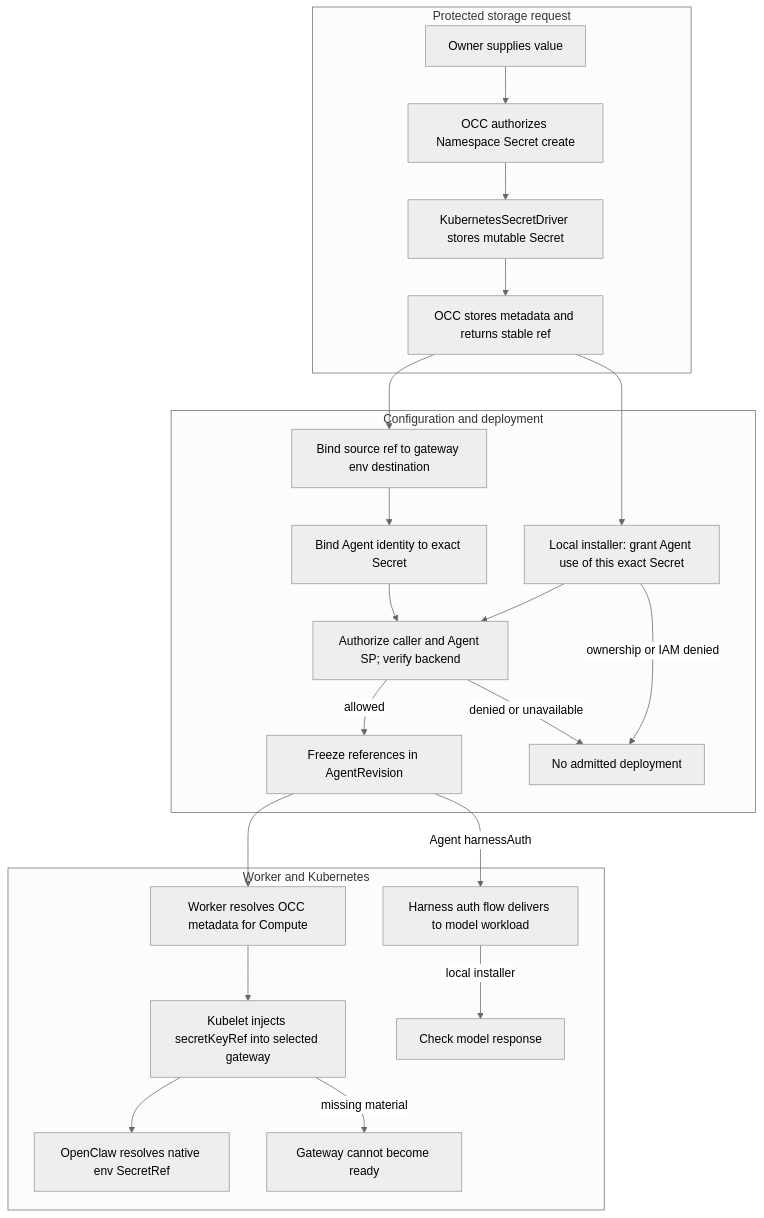
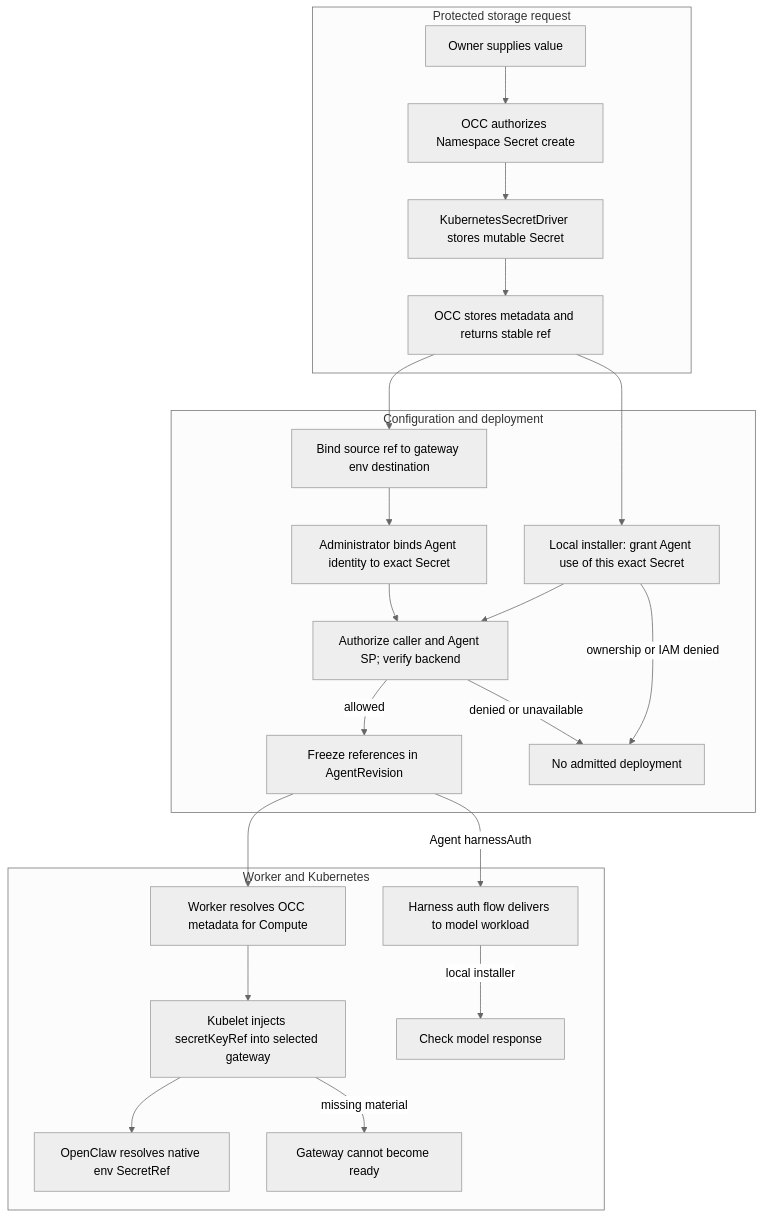
The diagram in docs/flows/secret-storage-and-delivery.md (IsaiahStapleton/openclaw-enterprise), drawn with Mermaid (neutral theme) before and after one commit. The commit also changed other lines of this file and 40 other files, not shown here.

````diff
--- a/docs/flows/secret-storage-and-delivery.md
+++ b/docs/flows/secret-storage-and-delivery.md
@@ -40,26 +42,26 @@
 ```mermaid
 graph TD
   subgraph Storage["Protected storage request"]
     A["Owner supplies value"] --> B["OCC authorizes Namespace Secret create"]
     B --> C["KubernetesSecretDriver stores mutable Secret"]
     C --> D["OCC stores metadata and returns stable ref"]
   end
   subgraph Admission["Configuration and deployment"]
     D --> E["Bind source ref to gateway env destination"]
-    E --> P["Bind Agent identity to exact Secret"]
+    E --> P["Administrator binds Agent identity to exact Secret"]
     P --> F["Authorize caller and Agent SP; verify backend"]
     F -->|allowed| G["Freeze references in AgentRevision"]
     F -->|denied or unavailable| X["No admitted deployment"]
     D --> L["Local installer: grant Agent use of this exact Secret"]
     L --> F
     L -->|ownership or IAM denied| X
   end
   subgraph Runtime["Worker and Kubernetes"]
     G --> H["Worker resolves OCC metadata for Compute"]
     H --> I["Kubelet injects secretKeyRef into selected gateway"]
     I --> J["OpenClaw resolves native env SecretRef"]
     I -->|missing material| Y["Gateway cannot become ready"]
     G -->|Agent harnessAuth| W["Harness auth flow delivers to model workload"]
     W -->|local installer| V["Check model response"]
   end
 ```
````
